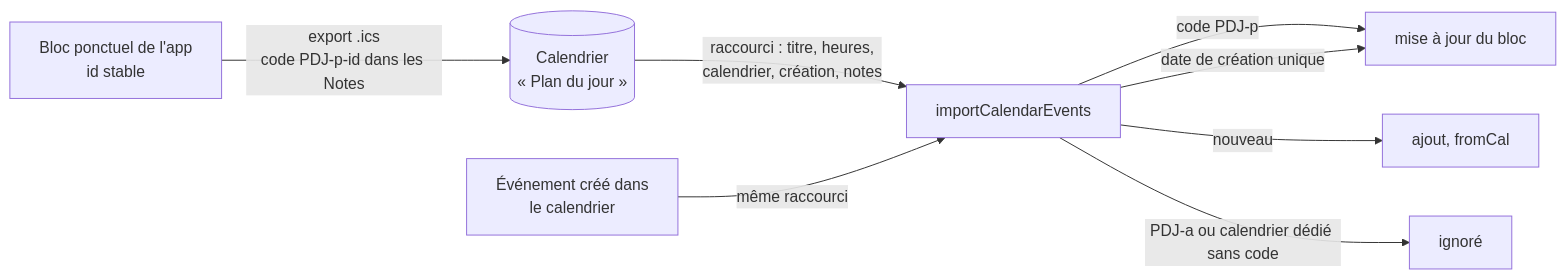
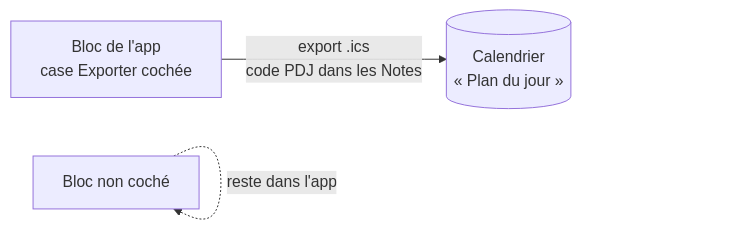
Before and after one commit to Maximeavril1869/PlanDuJour: the fourth of 4 diagrams in ARCHITECTURE.md, drawn with Mermaid. The commit also changed other lines of this file and 9 other files, not shown here.

First line of the commit message:
0.20.0 : export Calendrier par case à cocher, import retiré

````diff
--- a/ARCHITECTURE.md
+++ b/ARCHITECTURE.md
@@ -137,10 +138,5 @@
 ```mermaid
 flowchart LR
-  A[Bloc ponctuel de l'app<br/>id stable] -->|export .ics<br/>code PDJ-p-id dans les Notes| C[(Calendrier<br/>« Plan du jour »)]
-  C -->|raccourci : titre, heures,<br/>calendrier, création, notes| I[importCalendarEvents]
-  X[Événement créé dans<br/>le calendrier] -->|même raccourci| I
-  I -->|code PDJ-p| U[mise à jour du bloc]
-  I -->|date de création unique| U
-  I -->|nouveau| N[ajout, fromCal]
-  I -->|PDJ-a ou calendrier dédié sans code| S[ignoré]
+  A[Bloc de l'app<br/>case Exporter cochée] -->|export .ics<br/>code PDJ dans les Notes| C[(Calendrier<br/>« Plan du jour »)]
+  B[Bloc non coché] -. reste dans l'app .-> B
 ```
````
